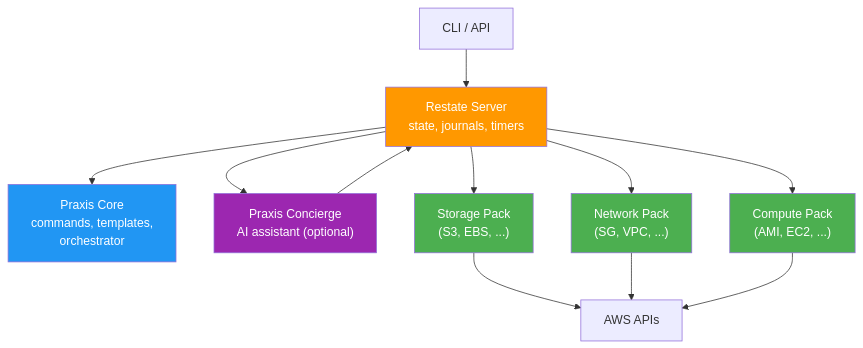
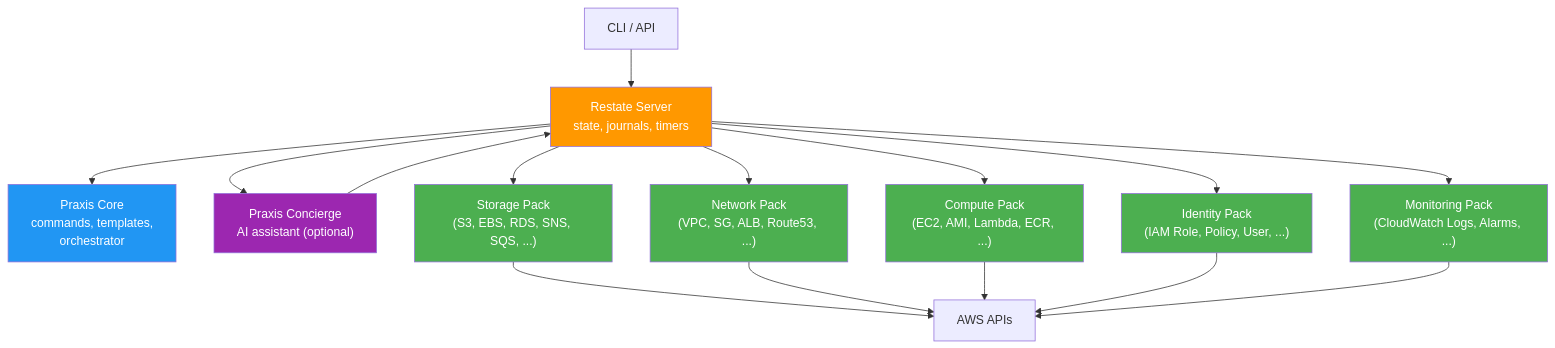
The first of 3 diagrams in docs/OPERATORS.md (shirvan/praxis), drawn with Mermaid before and after one commit. The commit also changed other lines of this file and 413 other files, not shown here.

````diff
--- a/docs/OPERATORS.md
+++ b/docs/OPERATORS.md
@@ -9,23 +9,29 @@
 ```mermaid
 graph TD
     CLI["CLI / API"] --> RS["Restate Server<br/>state, journals, timers"]
 
     RS --> Core["Praxis Core<br/>commands, templates,<br/>orchestrator"]
     RS --> Concierge["Praxis Concierge<br/>AI assistant (optional)"]
-    RS --> SP["Storage Pack<br/>(S3, EBS, ...)"]
-    RS --> NP["Network Pack<br/>(SG, VPC, ...)"]
-    RS --> CP["Compute Pack<br/>(AMI, EC2, ...)"]
+    RS --> SP["Storage Pack<br/>(S3, EBS, RDS, SNS, SQS, ...)"]
+    RS --> NP["Network Pack<br/>(VPC, SG, ALB, Route53, ...)"]
+    RS --> CP["Compute Pack<br/>(EC2, AMI, Lambda, ECR, ...)"]
+    RS --> IP["Identity Pack<br/>(IAM Role, Policy, User, ...)"]
+    RS --> MP["Monitoring Pack<br/>(CloudWatch Logs, Alarms, ...)"]
 
     Concierge --> RS
 
     SP --> AWS["AWS APIs"]
     NP --> AWS
     CP --> AWS
+    IP --> AWS
+    MP --> AWS
 
     style RS fill:#FF9800,color:#fff
     style Core fill:#2196F3,color:#fff
     style Concierge fill:#9C27B0,color:#fff
     style SP fill:#4CAF50,color:#fff
     style NP fill:#4CAF50,color:#fff
     style CP fill:#4CAF50,color:#fff
+    style IP fill:#4CAF50,color:#fff
+    style MP fill:#4CAF50,color:#fff
 ```
````
